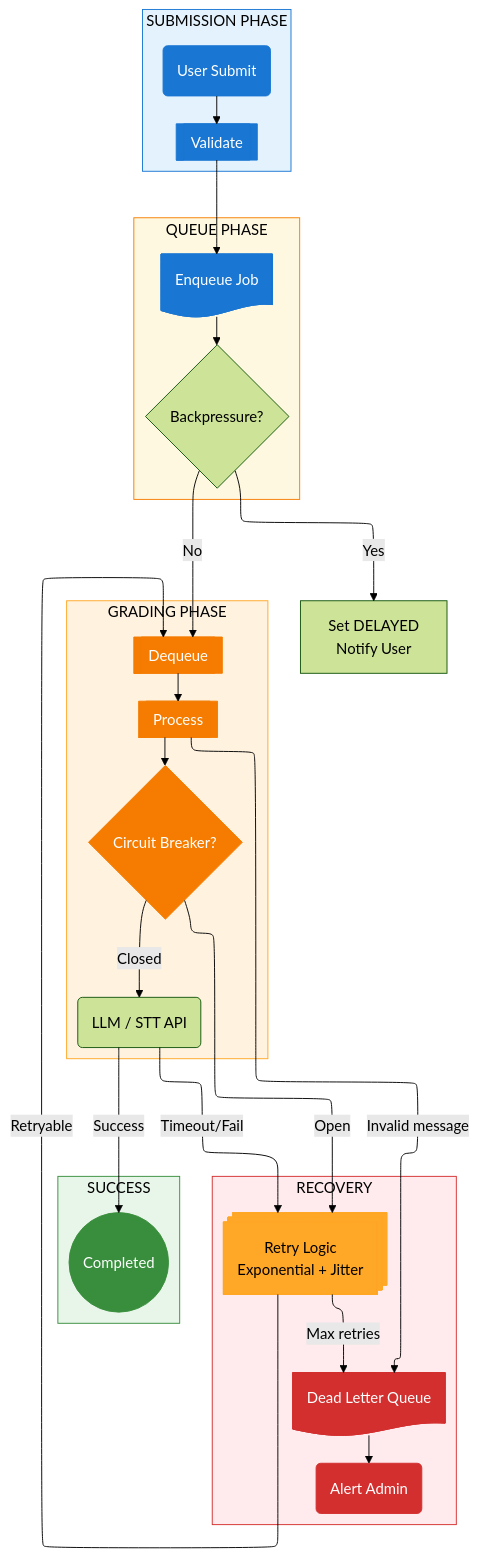
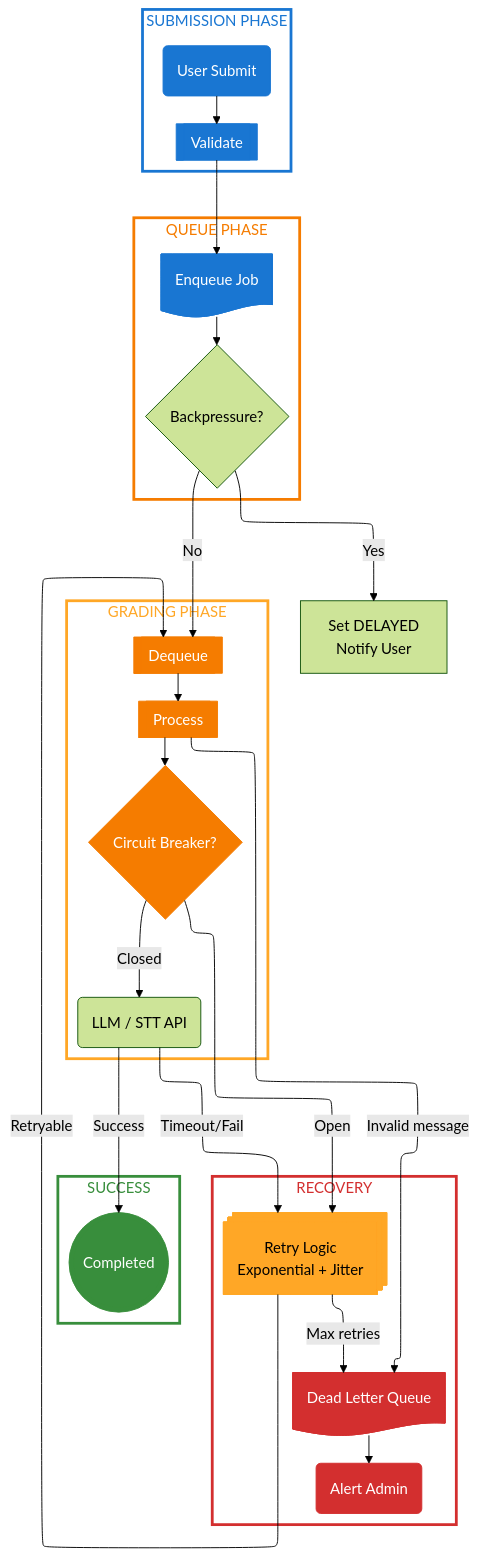
The third of 12 diagrams in docs/capstone/diagrams/flow-diagrams.vi.md (nghyane/VSTEP), drawn with Mermaid (forest theme) before and after one commit. The commit also changed other lines of this file, not shown here.

First line of the commit message:
fix(docs): use transparent fill for subgraph boxes (dark mode compatible)

````diff
--- a/docs/capstone/diagrams/flow-diagrams.vi.md
+++ b/docs/capstone/diagrams/flow-diagrams.vi.md
@@ -164,75 +164,75 @@
 ```mermaid
 ---
 config:
   layout: elk
 ---
 flowchart TB
     subgraph Submission["SUBMISSION PHASE"]
         Submit@{ shape: rounded, label: "User Submit" }
         Validate@{ shape: fr-rect, label: "Validate" }
     end
 
     subgraph QueuePhase["QUEUE PHASE"]
         Enqueue@{ shape: doc, label: "Enqueue Job" }
         Backpressure@{ shape: diam, label: "Backpressure?" }
     end
 
     subgraph Processing["GRADING PHASE"]
         Dequeue@{ shape: fr-rect, label: "Dequeue" }
         Process@{ shape: fr-rect, label: "Process" }
         Circuit@{ shape: diam, label: "Circuit Breaker?" }
         External@{ shape: rounded, label: "LLM / STT API" }
     end
 
     subgraph Recovery["RECOVERY"]
         Retry@{ shape: st-rect, label: "Retry Logic\nExponential + Jitter" }
         DLQ@{ shape: doc, label: "Dead Letter Queue" }
         Alert@{ shape: rounded, label: "Alert Admin" }
     end
 
     subgraph Success["SUCCESS"]
         Complete@{ shape: dbl-circ, label: "Completed" }
     end
 
     Submit --> Validate --> Enqueue --> Backpressure
     Backpressure -->|"No"| Dequeue
     Backpressure -->|"Yes"| Delayed["Set DELAYED\nNotify User"]
     
     Dequeue --> Process --> Circuit
     Circuit -->|"Closed"| External
     Circuit -->|"Open"| Retry
     
     External -->|"Success"| Complete
     External -->|"Timeout/Fail"| Retry
     
     Retry -->|"Retryable"| Dequeue
     Retry -->|"Max retries"| DLQ --> Alert
     
     Process -->|"Invalid message"| DLQ
 
     %% Nodes
     classDef normal fill:#1976d2,stroke:#1976d2,color:#fff
     classDef decision fill:#f57c00,stroke:#f57c00,color:#fff
     classDef warning fill:#ffa726,stroke:#ffa726,color:#000
     classDef error fill:#d32f2f,stroke:#d32f2f,color:#fff
     classDef success fill:#388e3c,stroke:#388e3c,color:#fff
 
-    %% Boxes
-    classDef normalBox fill:#e3f2fd,stroke:#1976d2,color:#000
-    classDef queueBox fill:#fff8e1,stroke:#f57c00,color:#000
-    classDef processBox fill:#fff3e0,stroke:#ffa726,color:#000
-    classDef errorBox fill:#ffebee,stroke:#d32f2f,color:#000
-    classDef successBox fill:#e8f5e9,stroke:#388e3c,color:#000
+    %% Boxes - transparent with thick colored border
+    classDef normalBox fill:none,stroke:#1976d2,stroke-width:3px,color:#1976d2
+    classDef queueBox fill:none,stroke:#f57c00,stroke-width:3px,color:#f57c00
+    classDef processBox fill:none,stroke:#ffa726,stroke-width:3px,color:#ffa726
+    classDef errorBox fill:none,stroke:#d32f2f,stroke-width:3px,color:#d32f2f
+    classDef successBox fill:none,stroke:#388e3c,stroke-width:3px,color:#388e3c
 
     class Submission normalBox
     class QueuePhase queueBox
     class Processing processBox
     class Recovery errorBox
     class Success successBox
 
     class Submit,Validate,SaveLocal,Enqueue,QueueMonitor normal
     class Dequeue,Process,Circuit,LLMCall,STTCall decision
     class Retry warning
     class DLQ,Alert error
     class Complete success
 ```
````
